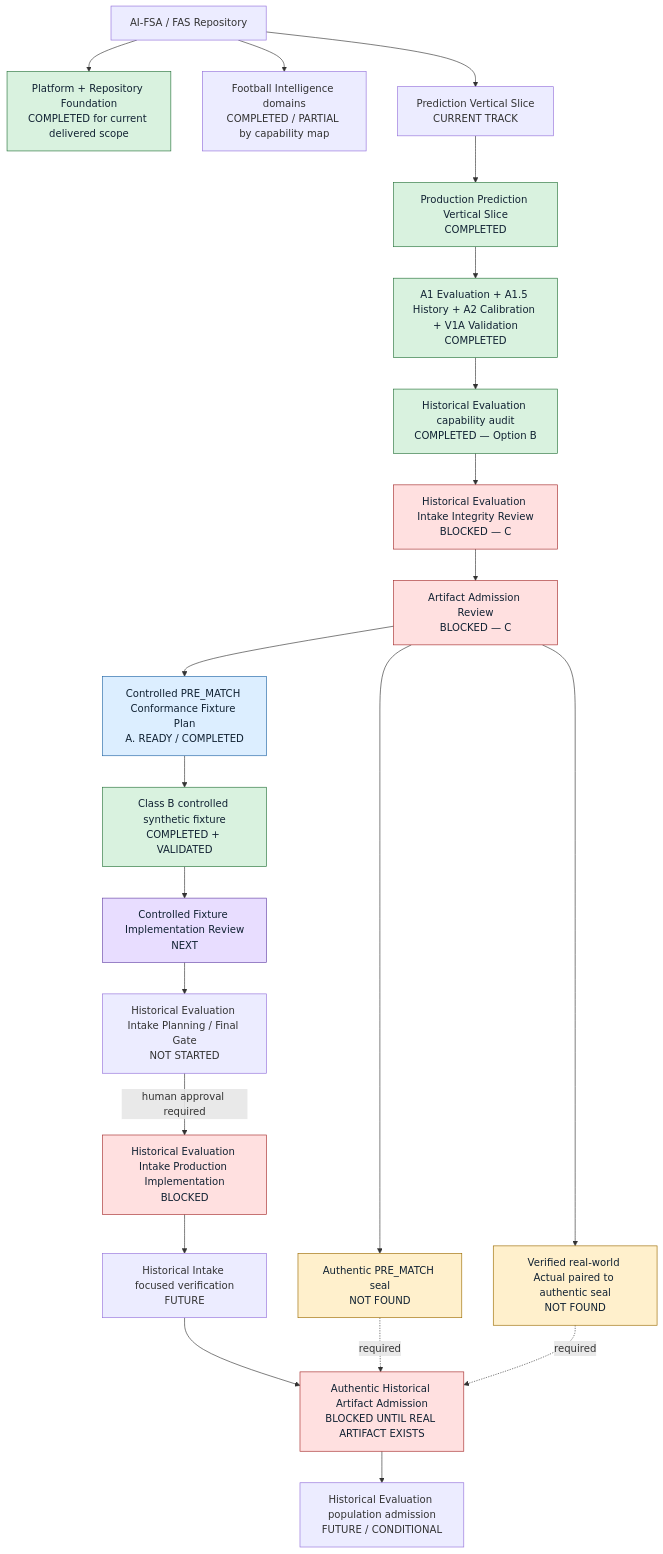
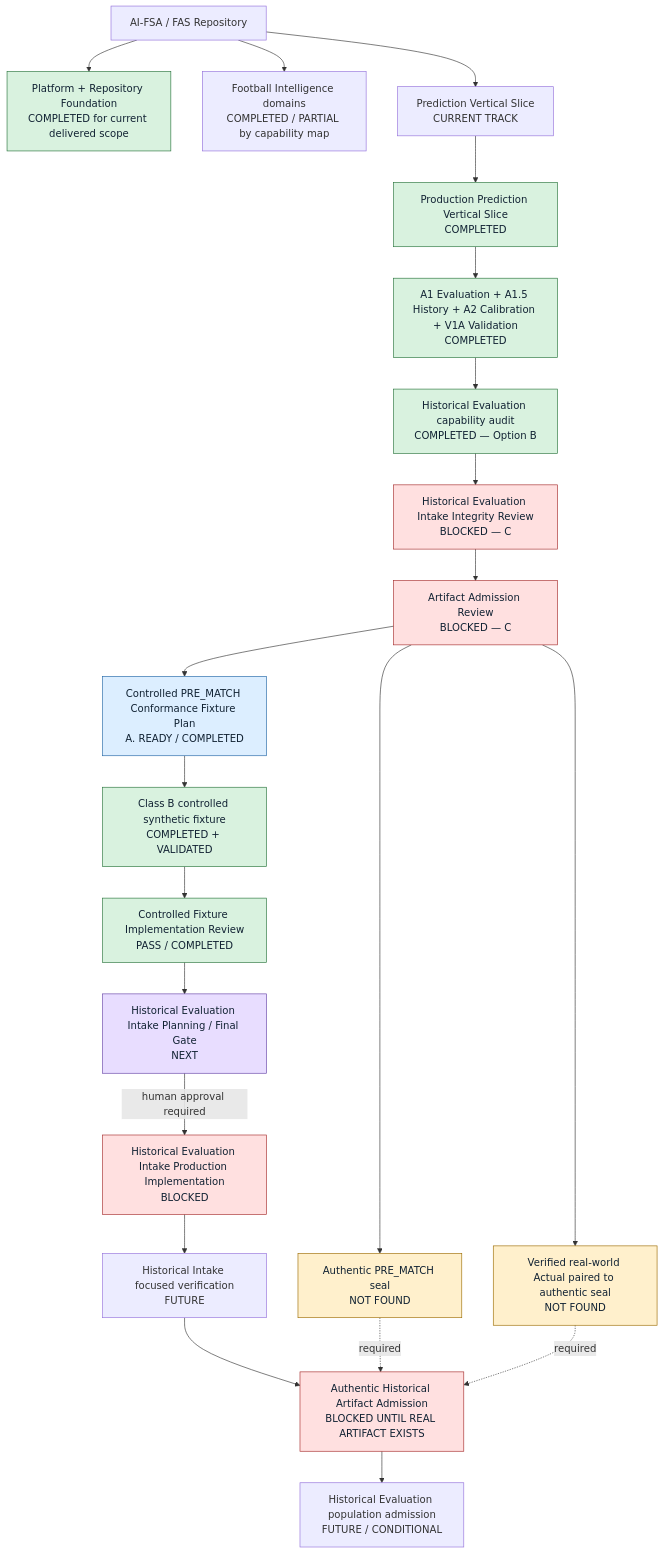
One commit to chenpengfeidp/ai-FSA changed the diagram in docs/PROJECT_STATE.md. Above: the diagram before and after it, drawn with Mermaid. The commit also changed other lines of this file and 1 other file, not shown here.

````diff
--- a/docs/PROJECT_STATE.md
+++ b/docs/PROJECT_STATE.md
@@ -84,42 +85,42 @@
 ```mermaid
 flowchart TD
   FAS["AI-FSA / FAS Repository"]
   PLATFORM["Platform + Repository Foundation<br/>COMPLETED for current delivered scope"]
   FI["Football Intelligence domains<br/>COMPLETED / PARTIAL by capability map"]
   PVS["Prediction Vertical Slice<br/>CURRENT TRACK"]
 
   FAS --> PLATFORM
   FAS --> FI
   FAS --> PVS
 
   PVS --> PVS1["Production Prediction Vertical Slice<br/>COMPLETED"]
   PVS1 --> EVAL["A1 Evaluation + A1.5 History + A2 Calibration + V1A Validation<br/>COMPLETED"]
   EVAL --> AUDIT["Historical Evaluation capability audit<br/>COMPLETED — Option B"]
   AUDIT --> INTEGRITY["Historical Evaluation Intake Integrity Review<br/>BLOCKED — C"]
   INTEGRITY --> ADMISSION["Artifact Admission Review<br/>BLOCKED — C"]
 
   ADMISSION --> SEAL["Authentic PRE_MATCH seal<br/>NOT FOUND"]
   ADMISSION --> ACTUAL["Verified real-world Actual paired to authentic seal<br/>NOT FOUND"]
   ADMISSION --> PLAN["Controlled PRE_MATCH Conformance Fixture Plan<br/>A. READY / COMPLETED"]
   PLAN --> FIXTURE["Class B controlled synthetic fixture<br/>COMPLETED + VALIDATED"]
-  FIXTURE --> CURRENT["Controlled Fixture Implementation Review<br/>NEXT"]
-  CURRENT --> FINALPLAN["Historical Evaluation Intake Planning / Final Gate<br/>NOT STARTED"]
+  FIXTURE --> CURRENT["Controlled Fixture Implementation Review<br/>PASS / COMPLETED"]
+  CURRENT --> FINALPLAN["Historical Evaluation Intake Planning / Final Gate<br/>NEXT"]
   FINALPLAN -->|human approval required| PROD["Historical Evaluation Intake Production Implementation<br/>BLOCKED"]
   PROD --> VERIFY["Historical Intake focused verification<br/>FUTURE"]
   VERIFY --> REALADMIT["Authentic Historical Artifact Admission<br/>BLOCKED UNTIL REAL ARTIFACT EXISTS"]
   SEAL -. required .-> REALADMIT
   ACTUAL -. required .-> REALADMIT
   REALADMIT --> POP["Historical Evaluation population admission<br/>FUTURE / CONDITIONAL"]
 
   classDef completed fill:#d9f2df,stroke:#26733a,color:#123;
   classDef ready fill:#dceeff,stroke:#2166a5,color:#123;
   classDef blocked fill:#ffe0e0,stroke:#a52a2a,color:#123;
   classDef missing fill:#fff0cc,stroke:#9b6b00,color:#123;
   classDef next fill:#e8ddff,stroke:#6542a6,color:#123;
 
-  class PLATFORM,PVS1,EVAL,AUDIT,FIXTURE completed;
+  class PLATFORM,PVS1,EVAL,AUDIT,FIXTURE,CURRENT completed;
   class PLAN ready;
   class INTEGRITY,ADMISSION,PROD,REALADMIT blocked;
   class SEAL,ACTUAL missing;
-  class CURRENT next;
+  class FINALPLAN next;
 ```
````
